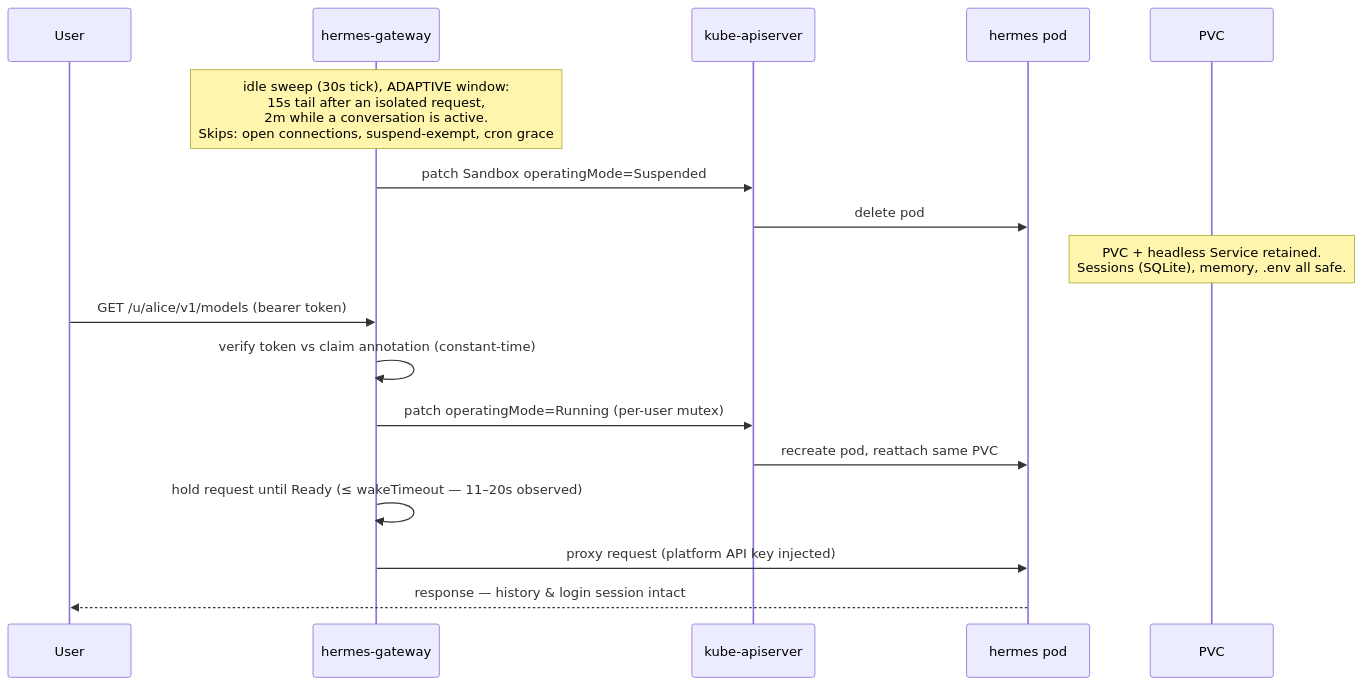
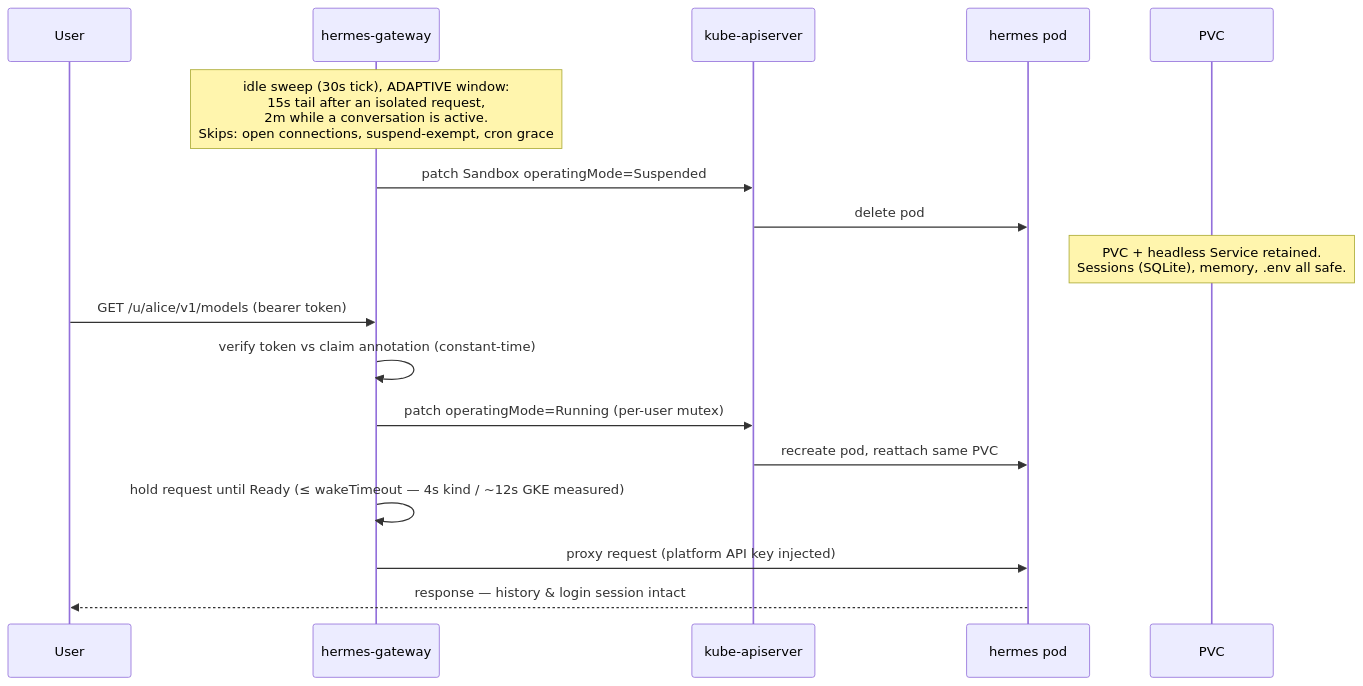
The third of 4 diagrams in README.md (aditya-shantanu/ai-agent-service), drawn with Mermaid before and after one commit. The commit also changed other lines of this file and 9 other files, not shown here.

````diff
--- a/README.md
+++ b/README.md
@@ -140,21 +140,21 @@
 ```mermaid
 sequenceDiagram
     participant User
     participant GW as hermes-gateway
     participant K8s as kube-apiserver
     participant Pod as hermes pod
     participant PVC
 
     Note over GW: idle sweep (30s tick), ADAPTIVE window:<br/>15s tail after an isolated request,<br/>2m while a conversation is active.<br/>Skips: open connections, suspend-exempt, cron grace
     GW->>K8s: patch Sandbox operatingMode=Suspended
     K8s->>Pod: delete pod
     Note over PVC: PVC + headless Service retained.<br/>Sessions (SQLite), memory, .env all safe.
 
     User->>GW: GET /u/alice/v1/models (bearer token)
     GW->>GW: verify token vs claim annotation (constant-time)
     GW->>K8s: patch operatingMode=Running (per-user mutex)
     K8s->>Pod: recreate pod, reattach same PVC
-    GW->>GW: hold request until Ready (≤ wakeTimeout — 11–20s observed)
+    GW->>GW: hold request until Ready (≤ wakeTimeout — 4s kind / ~12s GKE measured)
     GW->>Pod: proxy request (platform API key injected)
     Pod-->>User: response — history & login session intact
 ```
````
